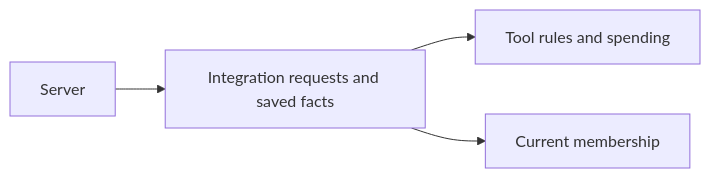
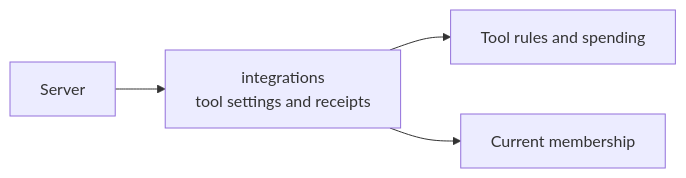
The diagram in apps/server/src/integrations/README.md (elewa-git/opencrane-new), drawn with Mermaid before and after one commit. The commit also changed other lines of this file and 12 other files, not shown here.

Commit message:
🔎 Recover exact saved tool mode changes with safe receipts

````diff
--- a/apps/server/src/integrations/README.md
+++ b/apps/server/src/integrations/README.md
@@ -61,6 +65,6 @@
 ```mermaid
 flowchart LR
-  server[Server] --> integrations[Integration requests and saved facts]
+  server[Server] --> integrations["integrations<br/>tool settings and receipts"]
   integrations --> models[Tool rules and spending]
   integrations --> members[Current membership]
 ```
````
